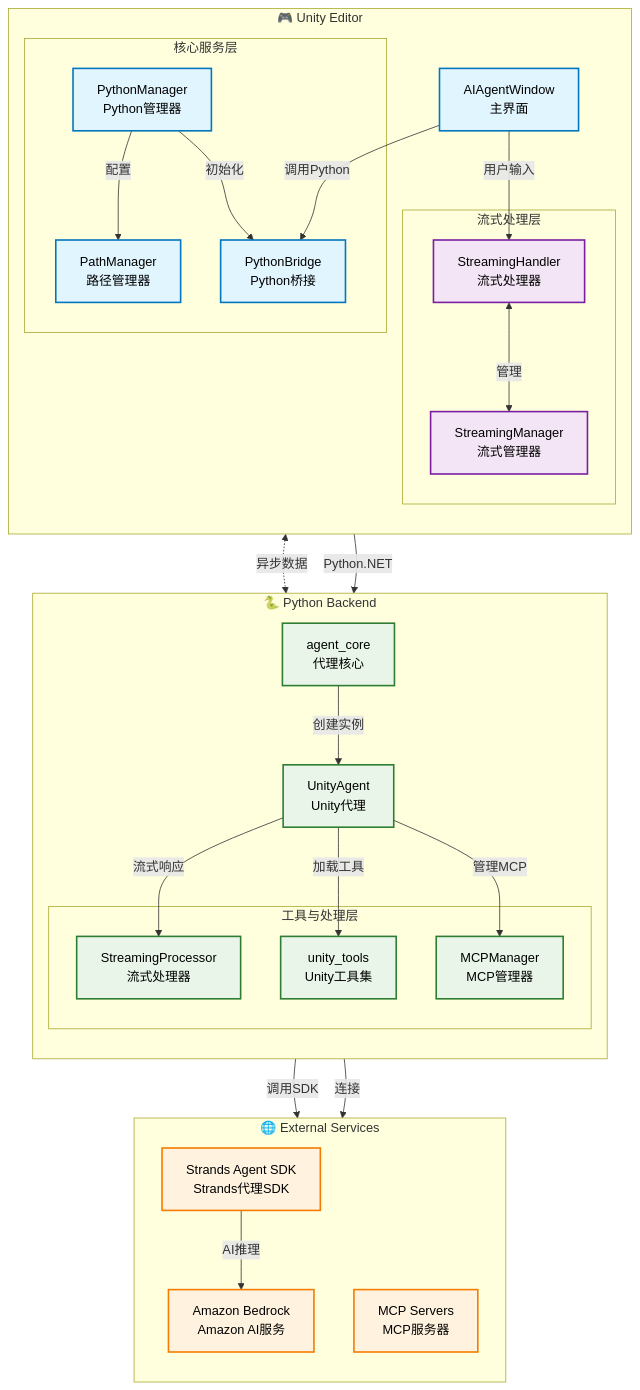
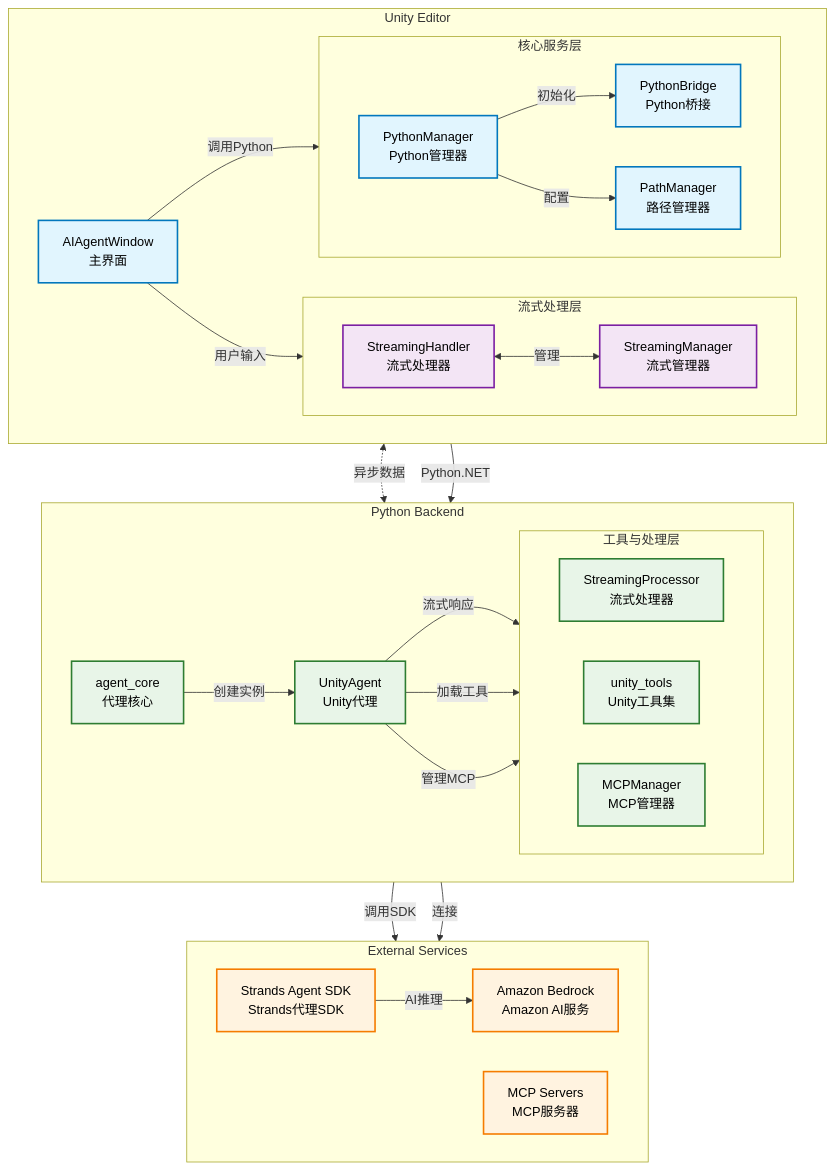
The first of 2 diagrams in README.md (ddpie/unity-strands-agent), drawn with Mermaid before and after one commit. The commit also changed other lines of this file, not shown here.

Commit message:
make architecture diagram more professional and clean
- Remove emoji characters for professional appearance
- Change layout from TB to TD for vertical arrangement of main sections
- Use LR direction within subgraphs for horizontal component layout
- Maintain clear visual hierarchy with Unity Editor -> Python Backend -> External Services
- Keep color-coded styling for component differentiation
- Ensure consistent layout between Chinese and English versions
- Improve readability with cleaner, more formal presentation

````diff
--- a/README.md
+++ b/README.md
@@ -15,72 +15,75 @@
 ```mermaid
-graph TB
-    subgraph Unity["🎮 Unity Editor"]
-        direction TB
+graph TD
+    subgraph Unity["Unity Editor"]
+        direction LR
         UI[AIAgentWindow<br/>主界面]
         
         subgraph Streaming["流式处理层"]
+            direction LR
             SH[StreamingHandler<br/>流式处理器]
             SM[StreamingManager<br/>流式管理器]
         end
         
         subgraph Core["核心服务层"]
+            direction LR
             PB[PythonBridge<br/>Python桥接]
             PM[PythonManager<br/>Python管理器]
             PATH[PathManager<br/>路径管理器]
         end
     end
     
-    subgraph Python["🐍 Python Backend"]
-        direction TB
+    subgraph Python["Python Backend"]
+        direction LR
         AC[agent_core<br/>代理核心]
         UA[UnityAgent<br/>Unity代理]
         
         subgraph Tools["工具与处理层"]
+            direction LR
             SP[StreamingProcessor<br/>流式处理器]
             UT[unity_tools<br/>Unity工具集]
             MM[MCPManager<br/>MCP管理器]
         end
     end
     
-    subgraph External["🌐 External Services"]
-        direction TB
+    subgraph External["External Services"]
+        direction LR
         SDK[Strands Agent SDK<br/>Strands代理SDK]
         AWS[Amazon Bedrock<br/>Amazon AI服务]
         MCP[MCP Servers<br/>MCP服务器]
     end
     
     %% 用户交互流
     UI -->|用户输入| SH
     UI -->|调用Python| PB
     
     %% 流式处理流
     SH <-->|管理| SM
     SM <-.->|异步数据| SP
     
     %% 核心服务流
     PM -->|初始化| PB
     PM -->|配置| PATH
     PB -->|Python.NET| AC
     
     %% Python内部流
     AC -->|创建实例| UA
     UA -->|流式响应| SP
     UA -->|加载工具| UT
     UA -->|管理MCP| MM
     
     %% 外部服务流
     UA -->|调用SDK| SDK
     SDK -->|AI推理| AWS
     MM -->|连接| MCP
     
     %% 样式定义
     classDef unityStyle fill:#e1f5fe,stroke:#0277bd,stroke-width:2px,color:#000
     classDef pythonStyle fill:#e8f5e8,stroke:#2e7d32,stroke-width:2px,color:#000
     classDef externalStyle fill:#fff3e0,stroke:#f57c00,stroke-width:2px,color:#000
     classDef streamStyle fill:#f3e5f5,stroke:#7b1fa2,stroke-width:2px,color:#000
     
     class UI,PB,PM,PATH unityStyle
     class SH,SM streamStyle
     class AC,UA,SP,UT,MM pythonStyle
     class SDK,AWS,MCP externalStyle
 ```
````
